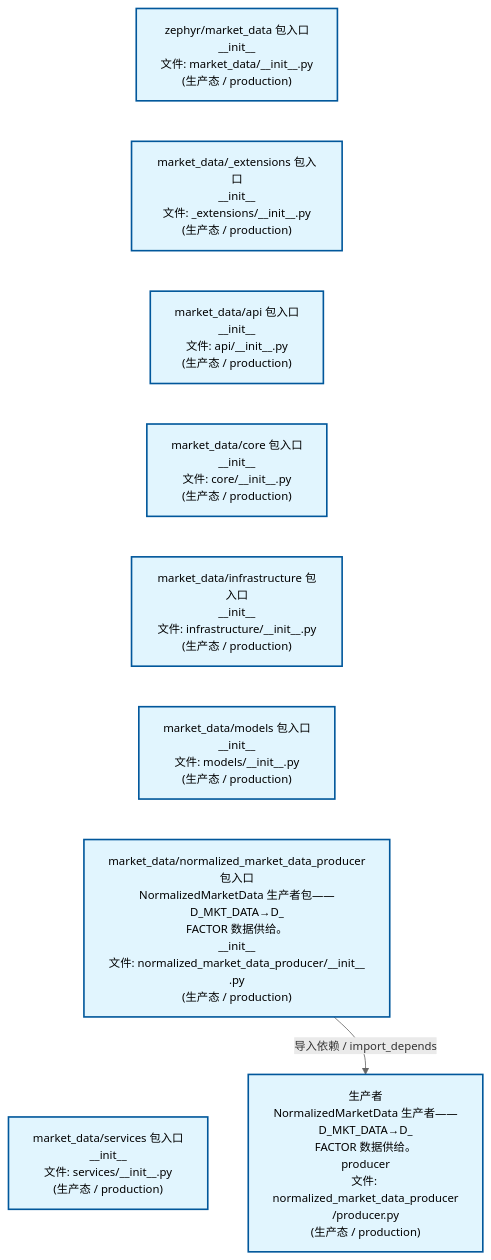
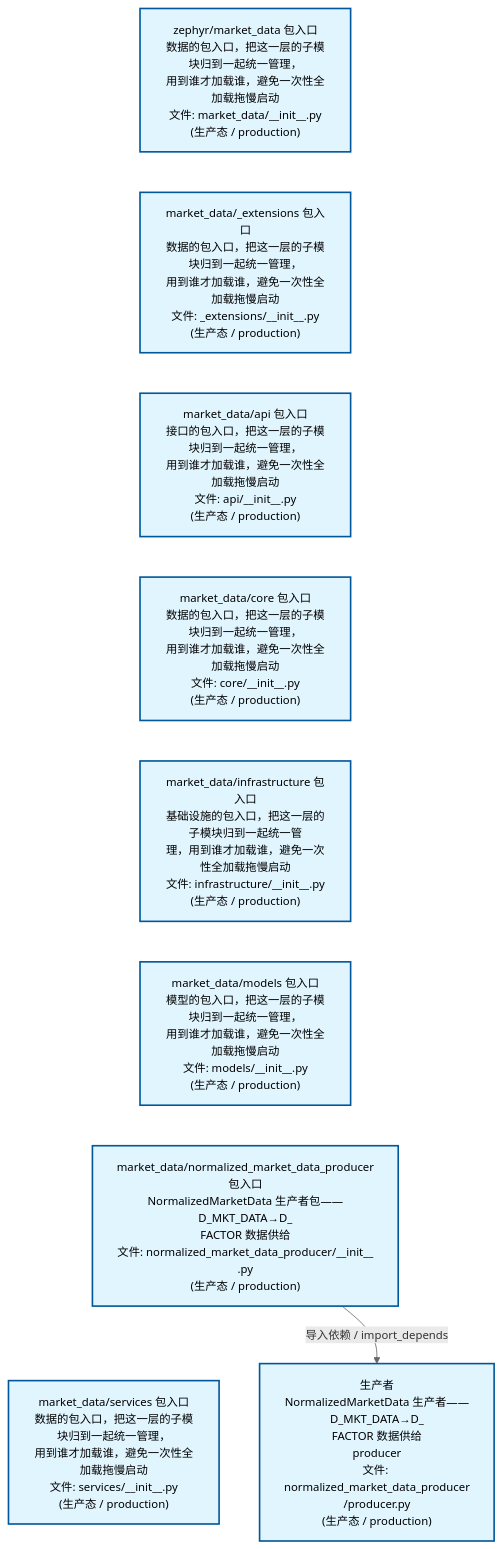
One commit to xuanFelixVan/ZephyrAlpha changed the second of 4 diagrams in docs/02_enterprise_architecture/02_domain_architecture_docs/23_d_mkt_data.md. Above: the diagram before and after it, drawn with Mermaid. The commit also changed other lines of this file and 63 other files, not shown here.

````diff
--- a/docs/02_enterprise_architecture/02_domain_architecture_docs/23_d_mkt_data.md
+++ b/docs/02_enterprise_architecture/02_domain_architecture_docs/23_d_mkt_data.md
@@ -112,26 +112,26 @@
 ```mermaid
 %%{init: {'theme': 'base', 'themeVariables': {'primaryColor': '#eaeaea', 'primaryTextColor': '#333333', 'primaryBorderColor': '#666666', 'lineColor': '#666666', 'secondaryColor': '#eaeaea', 'tertiaryColor': '#eaeaea', 'fontSize': '14px'}}}%%
 flowchart TD
-    src_zephyr_market_data_init_py["zephyr/market_data 包入口<br/>__init__<br/>文件: market_data/__init__.py<br/>(生产态 / production)"]
-    src_zephyr_market_data_extensions_init_py["market_data/_extensions 包入口<br/>__init__<br/>文件: _extensions/__init__.py<br/>(生产态 / production)"]
-    src_zephyr_market_data_api_init_py["market_data/api 包入口<br/>__init__<br/>文件: api/__init__.py<br/>(生产态 / production)"]
-    src_zephyr_market_data_core_init_py["market_data/core 包入口<br/>__init__<br/>文件: core/__init__.py<br/>(生产态 / production)"]
-    src_zephyr_market_data_infrastructure_init_py["market_data/infrastructure 包入口<br/>__init__<br/>文件: infrastructure/__init__.py<br/>(生产态 / production)"]
-    src_zephyr_market_data_models_init_py["market_data/models 包入口<br/>__init__<br/>文件: models/__init__.py<br/>(生产态 / production)"]
-    src_zephyr_market_data_normalized_market_data_producer_init_py["market_data/normalized_market_data_producer<br/>包入口<br/>NormalizedMarketData 生产者包——D_MKT_DATA→D_<br/>FACTOR 数据供给。<br/>__init__<br/>文件: normalized_market_data_producer/__init__<br/>.py<br/>(生产态 / production)"]
-    src_zephyr_market_data_services_init_py["market_data/services 包入口<br/>__init__<br/>文件: services/__init__.py<br/>(生产态 / production)"]
+    src_zephyr_market_data_init_py["zephyr/market_data 包入口<br/>数据的包入口，把这一层的子模块归到一起统一管理，<br/>用到谁才加载谁，避免一次性全加载拖慢启动<br/>文件: market_data/__init__.py<br/>(生产态 / production)"]
+    src_zephyr_market_data_extensions_init_py["market_data/_extensions 包入口<br/>数据的包入口，把这一层的子模块归到一起统一管理，<br/>用到谁才加载谁，避免一次性全加载拖慢启动<br/>文件: _extensions/__init__.py<br/>(生产态 / production)"]
+    src_zephyr_market_data_api_init_py["market_data/api 包入口<br/>接口的包入口，把这一层的子模块归到一起统一管理，<br/>用到谁才加载谁，避免一次性全加载拖慢启动<br/>文件: api/__init__.py<br/>(生产态 / production)"]
+    src_zephyr_market_data_core_init_py["market_data/core 包入口<br/>数据的包入口，把这一层的子模块归到一起统一管理，<br/>用到谁才加载谁，避免一次性全加载拖慢启动<br/>文件: core/__init__.py<br/>(生产态 / production)"]
+    src_zephyr_market_data_infrastructure_init_py["market_data/infrastructure 包入口<br/>基础设施的包入口，把这一层的子模块归到一起统一管<br/>理，用到谁才加载谁，避免一次性全加载拖慢启动<br/>文件: infrastructure/__init__.py<br/>(生产态 / production)"]
+    src_zephyr_market_data_models_init_py["market_data/models 包入口<br/>模型的包入口，把这一层的子模块归到一起统一管理，<br/>用到谁才加载谁，避免一次性全加载拖慢启动<br/>文件: models/__init__.py<br/>(生产态 / production)"]
+    src_zephyr_market_data_normalized_market_data_producer_init_py["market_data/normalized_market_data_producer<br/>包入口<br/>NormalizedMarketData 生产者包——D_MKT_DATA→D_<br/>FACTOR 数据供给<br/>文件: normalized_market_data_producer/__init__<br/>.py<br/>(生产态 / production)"]
+    src_zephyr_market_data_services_init_py["market_data/services 包入口<br/>数据的包入口，把这一层的子模块归到一起统一管理，<br/>用到谁才加载谁，避免一次性全加载拖慢启动<br/>文件: services/__init__.py<br/>(生产态 / production)"]
     src_zephyr_market_data_init_py ~~~ src_zephyr_market_data_extensions_init_py
     src_zephyr_market_data_extensions_init_py ~~~ src_zephyr_market_data_api_init_py
     src_zephyr_market_data_api_init_py ~~~ src_zephyr_market_data_core_init_py
     src_zephyr_market_data_core_init_py ~~~ src_zephyr_market_data_infrastructure_init_py
     src_zephyr_market_data_infrastructure_init_py ~~~ src_zephyr_market_data_models_init_py
     src_zephyr_market_data_models_init_py ~~~ src_zephyr_market_data_normalized_market_data_producer_init_py
     src_zephyr_market_data_normalized_market_data_producer_init_py ~~~ src_zephyr_market_data_services_init_py
-    src_zephyr_market_data_normalized_market_data_producer_producer_py["生产者<br/>NormalizedMarketData 生产者——D_MKT_DATA→D_<br/>FACTOR 数据供给。<br/>producer<br/>文件: normalized_market_data_producer<br/>/producer.py<br/>(生产态 / production)"]
+    src_zephyr_market_data_normalized_market_data_producer_producer_py["生产者<br/>NormalizedMarketData 生产者——D_MKT_DATA→D_<br/>FACTOR 数据供给<br/>producer<br/>文件: normalized_market_data_producer<br/>/producer.py<br/>(生产态 / production)"]
     src_zephyr_market_data_normalized_market_data_producer_init_py -->|导入依赖 / import_depends| src_zephyr_market_data_normalized_market_data_producer_producer_py
     classDef production fill:#e1f5fe,stroke:#01579b,stroke-width:2px,color:#000
     classDef design fill:#fff3e0,stroke:#e65100,stroke-width:2px,color:#000,stroke-dasharray: 5 5
     classDef external_prod fill:#e8f4fd,stroke:#0277bd,stroke-width:1px,color:#000
     classDef external_design fill:#fff8e7,stroke:#ef6c00,stroke-width:1px,color:#000,stroke-dasharray: 5 5
     class src_zephyr_market_data_init_py,src_zephyr_market_data_extensions_init_py,src_zephyr_market_data_api_init_py,src_zephyr_market_data_core_init_py,src_zephyr_market_data_infrastructure_init_py,src_zephyr_market_data_models_init_py,src_zephyr_market_data_normalized_market_data_producer_init_py,src_zephyr_market_data_normalized_market_data_producer_producer_py,src_zephyr_market_data_services_init_py production
 ```
````
